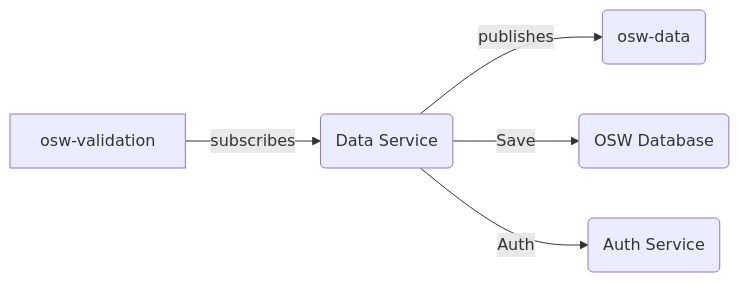
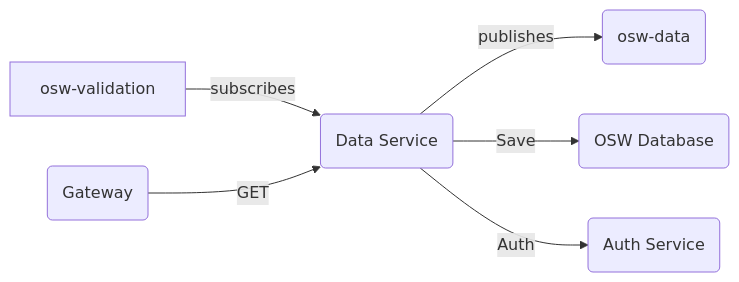
Before and after one commit to TaskarCenterAtUW/TDEI-osw-datasvc-ts: the diagram in README.md, drawn with Mermaid. The commit also changed other lines of this file, not shown here.

````diff
--- a/README.md
+++ b/README.md
@@ -59,6 +59,7 @@
 ```mermaid
 graph LR;
     A[osw-validation] -->|subscribes| B(Data Service) -->|publishes| C(osw-data)
     B -->|Save| D(OSW Database)
     B -->|Auth| E(Auth Service)
+    G(Gateway) -->|GET| B(Data Service)
 ```
````
